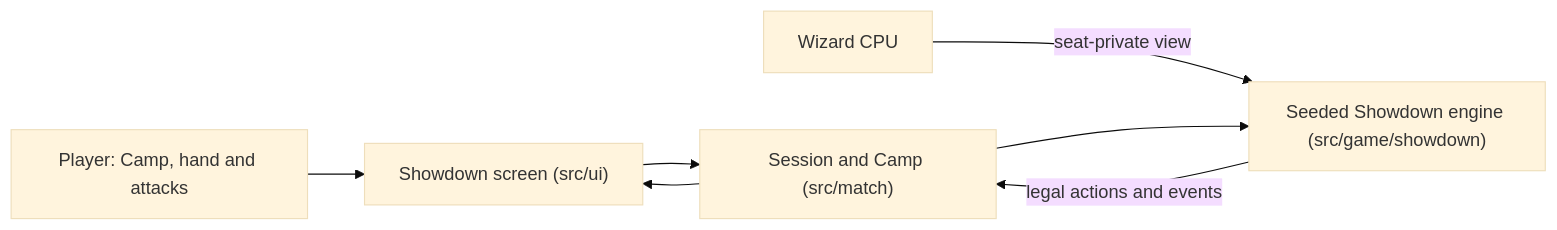
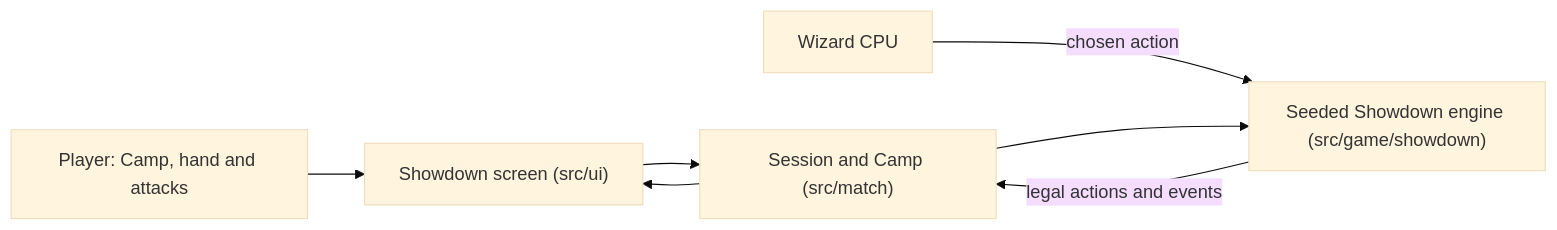
One commit to alejandro-publius/cowboys-vs-wizards changed the diagram in README.md. Above: the diagram before and after it, drawn with Mermaid (base theme). The commit also changed 8 other files, not shown here.

````diff
--- a/README.md
+++ b/README.md
@@ -71,9 +71,9 @@
 ```mermaid
 flowchart LR
     Player["Player: Camp, hand and attacks"] --> Screen["Showdown screen (src/ui)"]
     Screen --> Session["Session and Camp (src/match)"]
-    CPU["Wizard CPU"] -->|seat-private view| Engine
+    CPU["Wizard CPU"] -->|chosen action| Engine
     Session --> Engine["Seeded Showdown engine (src/game/showdown)"]
     Engine -->|legal actions and events| Session
     Session --> Screen
 ```
````
